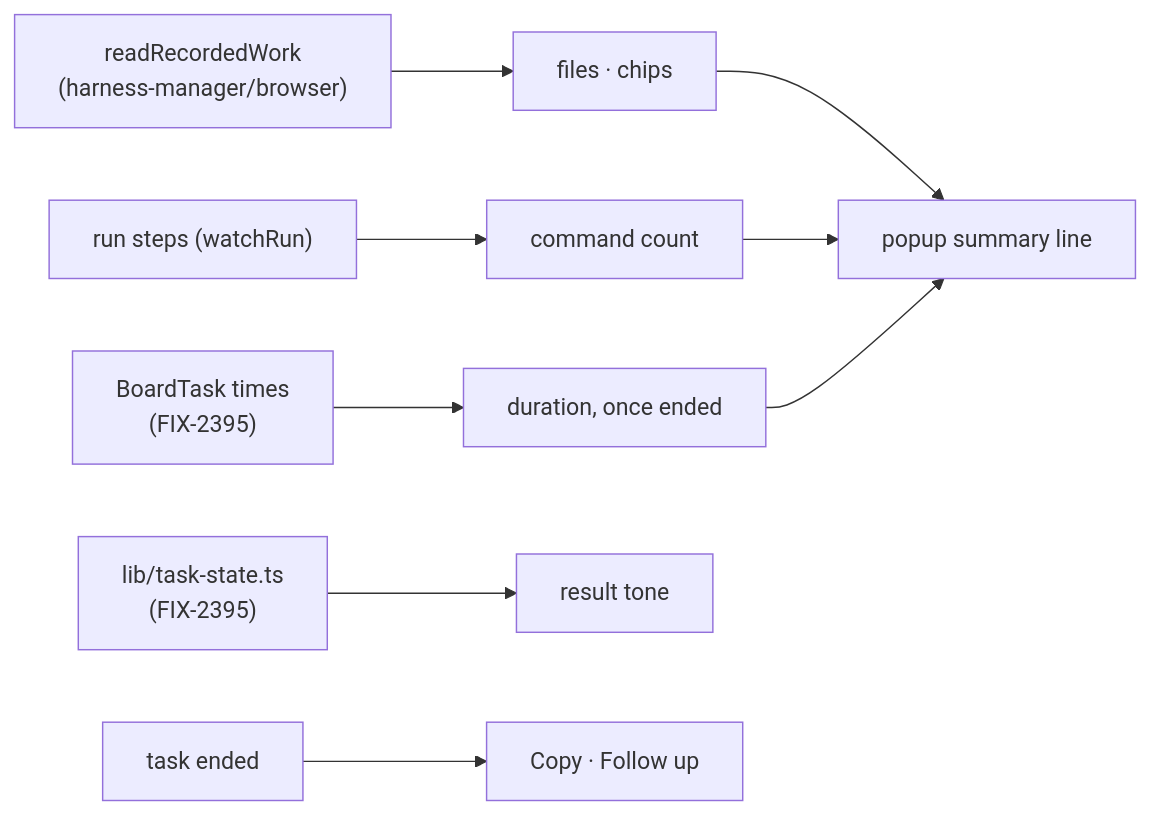
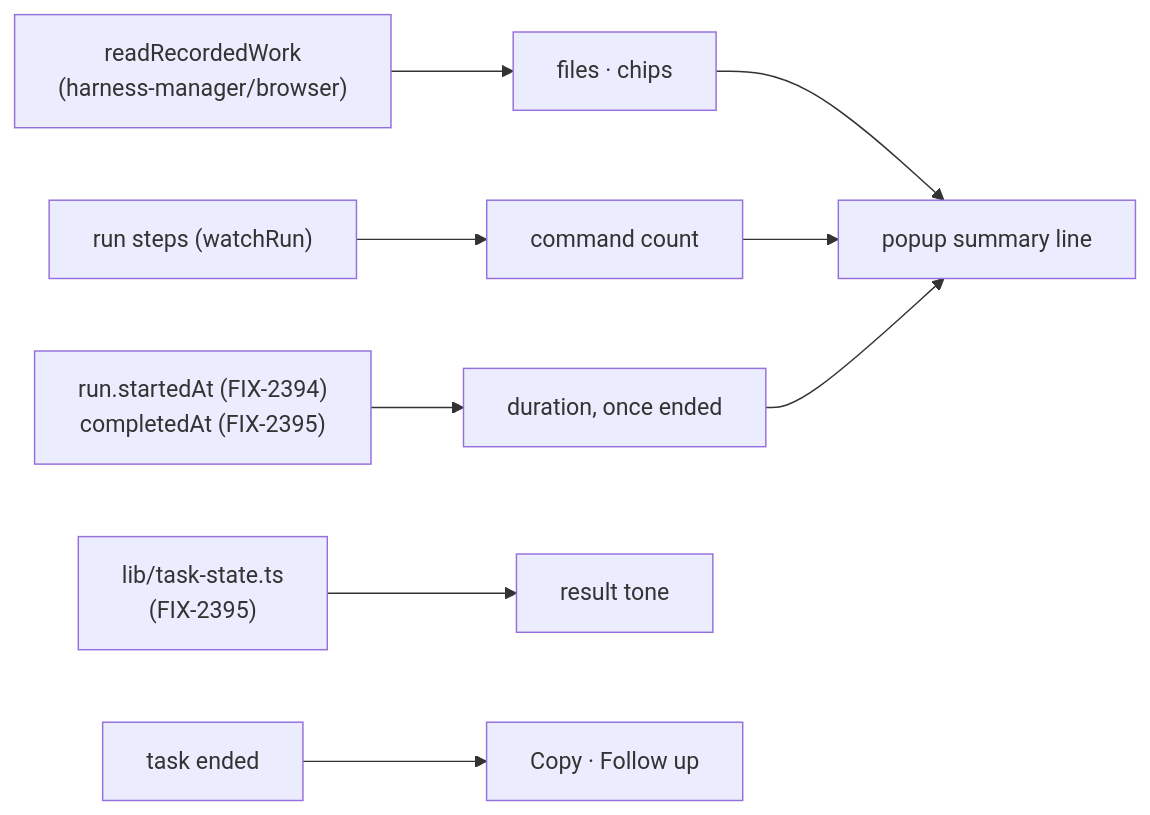
Before and after one commit to fixpoint-labs/flow-state-dev: the diagram in specs/issues/FIX-2396/SPEC.md, drawn with Mermaid. The commit also changed other lines of this file and 1 other file, not shown here.

First line of the commit message:
spec(FIX-2396): time the duration from this attempt; count only edits that landed

````diff
--- a/specs/issues/FIX-2396/SPEC.md
+++ b/specs/issues/FIX-2396/SPEC.md
@@ -34,11 +34,11 @@
 ```mermaid
 flowchart LR
   W["readRecordedWork<br/>(harness-manager/browser)"] --> F["files · chips"]
   R["run steps (watchRun)"] --> N["command count"]
-  T["BoardTask times<br/>(FIX-2395)"] --> D["duration, once ended"]
+  T["run.startedAt (FIX-2394)<br/>completedAt (FIX-2395)"] --> D["duration, once ended"]
   F --> H["popup summary line"]
   N --> H
   D --> H
   S["lib/task-state.ts<br/>(FIX-2395)"] --> C["result tone"]
   B["task ended"] --> A["Copy · Follow up"]
 ```
````
